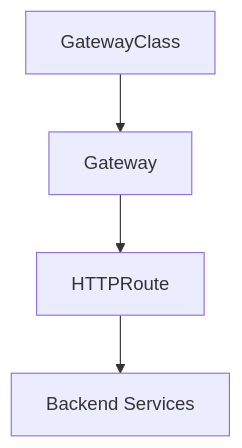
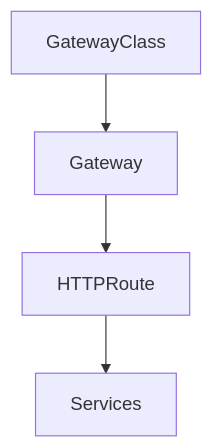
Diagram 13 of 18 in docs/03-gateway-api/README.md (ahmed-sayed-devops/microservices-platform-gitops), drawn with Mermaid before and after one commit. The commit also changed other lines of this file, not shown here.

Commit message:
docs: update Gateway API documentation with TLS

````diff
--- a/docs/03-gateway-api/README.md
+++ b/docs/03-gateway-api/README.md
@@ -893,11 +612,11 @@
 ```mermaid
 graph TD
-    GatewayClass[GatewayClass]
-    Gateway[Gateway]
-    HTTPRoute[HTTPRoute]
-    Services[Backend Services]
+    GCLASS["GatewayClass"]
+    GATEWAY["Gateway"]
+    ROUTE["HTTPRoute"]
+    SERVICES["Services"]
 
-    GatewayClass --> Gateway
-    Gateway --> HTTPRoute
-    HTTPRoute --> Services
+    GCLASS --> GATEWAY
+    GATEWAY --> ROUTE
+    ROUTE --> SERVICES
 ```
````
